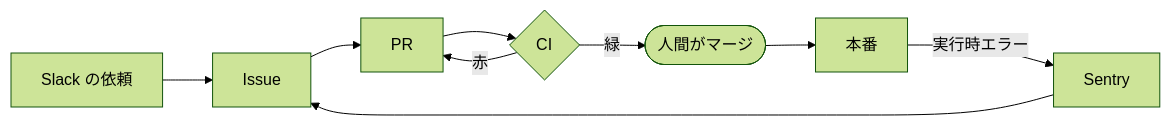
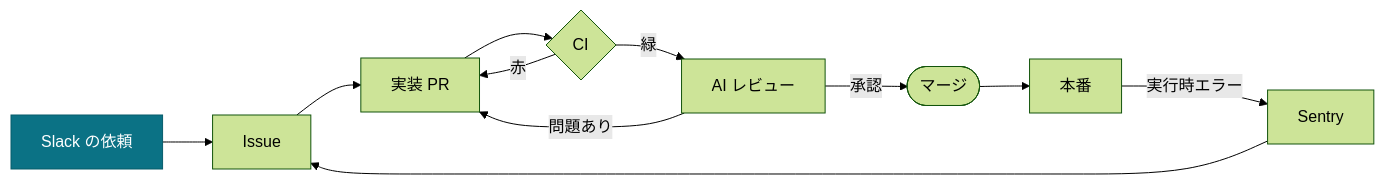
Before and after one commit to hakusoft/loop-engineering-lab: the first of 2 diagrams in README.md, drawn with Mermaid (forest theme). The commit also changed other lines of this file, not shown here.

````diff
--- a/README.md
+++ b/README.md
@@ -11,11 +13,16 @@
 ```mermaid
 flowchart LR
     SLACK[Slack の依頼] --> ISSUE[Issue]
-    ISSUE --> PR[PR]
+    ISSUE --> PR[実装 PR]
     PR --> CI{CI}
     CI -->|赤| PR
-    CI -->|緑| HUMAN([人間がマージ])
-    HUMAN --> PROD[本番]
+    CI -->|緑| REVIEW[AI レビュー]
+    REVIEW -->|問題あり| PR
+    REVIEW -->|承認| MERGE([マージ])
+    MERGE --> PROD[本番]
     PROD -->|実行時エラー| SENTRY[Sentry]
     SENTRY --> ISSUE
+
+    classDef human fill:#0b7285,stroke:#075c6b,color:#fff
+    class SLACK human
 ```
````
